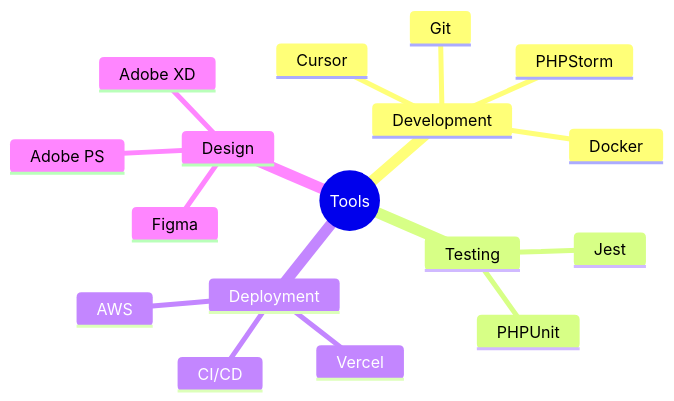
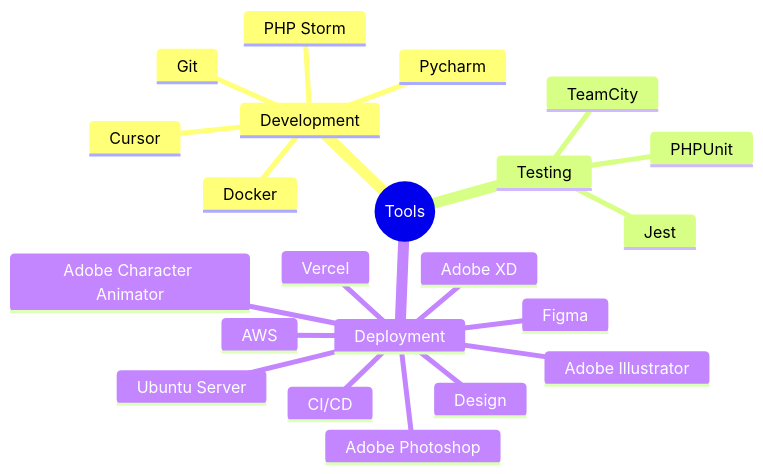
One commit to PasperFection/PasperFection changed the diagram in README.md. Above: the diagram before and after it, drawn with Mermaid. The commit also changed other lines of this file, not shown here.

````diff
--- a/README.md
+++ b/README.md
@@ -35,20 +42,29 @@
 ```mermaid
 mindmap
   root((Tools))
     Development
       Cursor
-      PHPStorm
+      Docker
+      PHP Storm
+      Pycharm
       Git
-      Docker
+
     Testing
       Jest
       PHPUnit
+      TeamCity
+
     Deployment
       CI/CD
       AWS
       Vercel
-    Design
+      Ubuntu Server
+
+      Design
+      Adobe Character Animator
+      Adobe Photoshop
+      Adobe Illustrator
+      Adobe XD
       Figma
-      Adobe XD
-      Adobe PS
+
 ```
````
